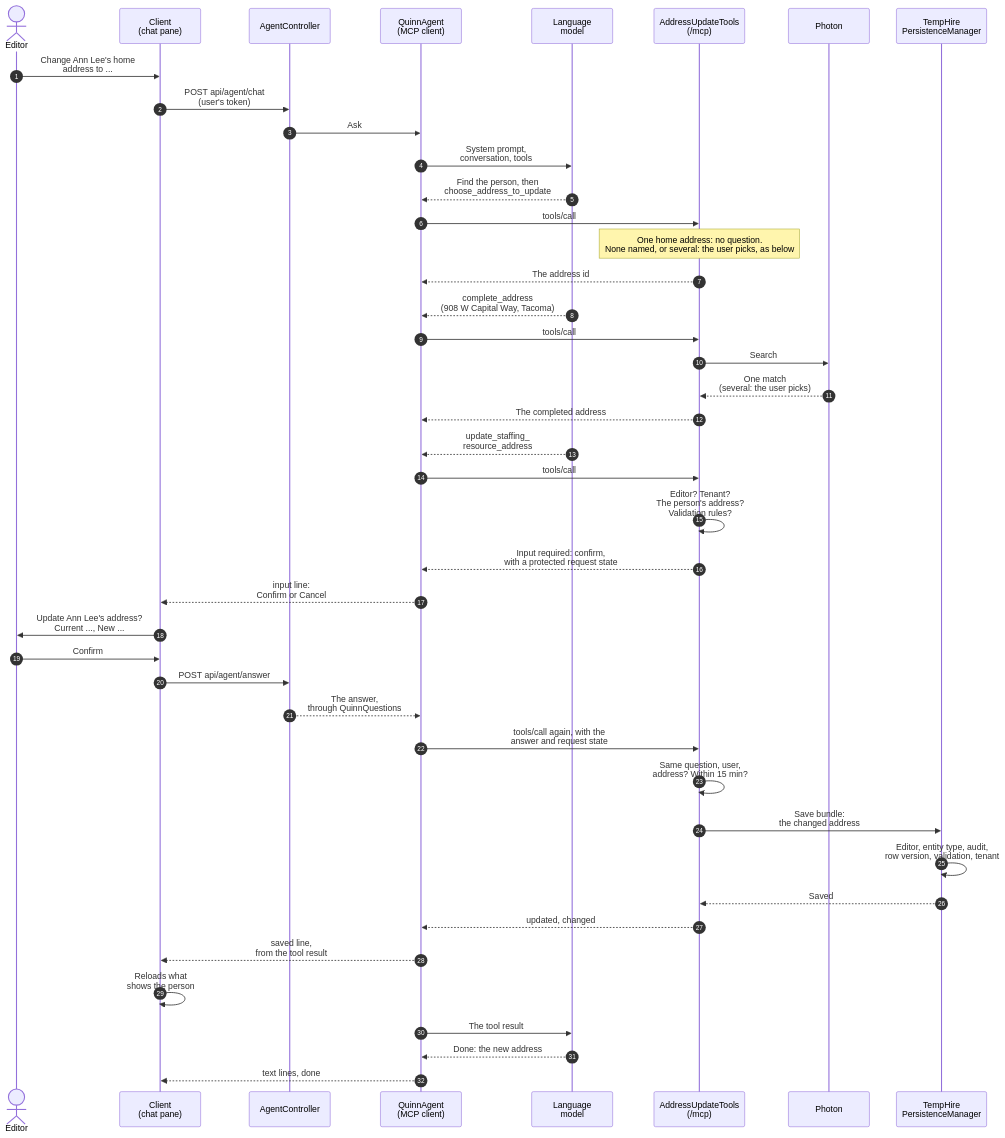
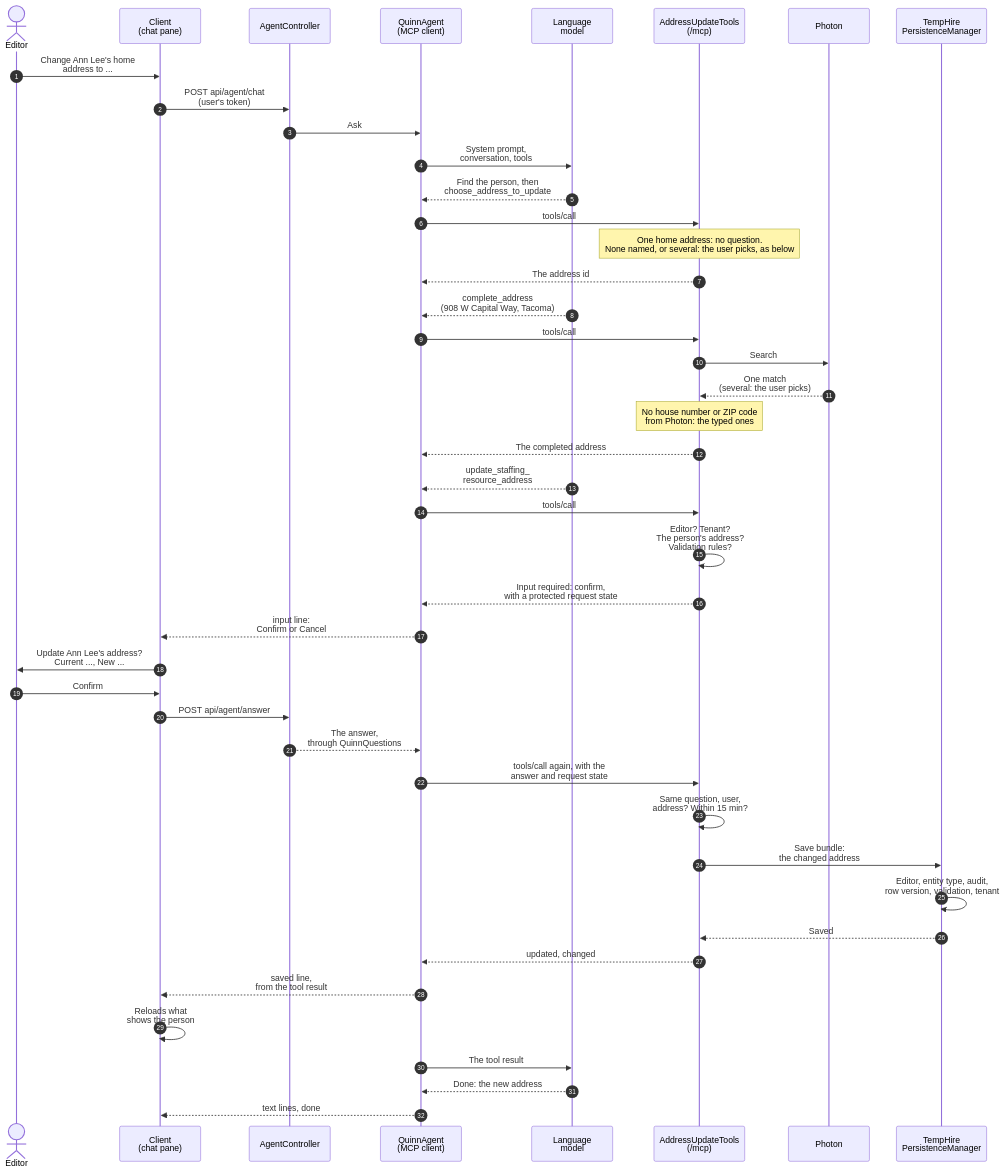
Before and after one commit to Breeze/temphire.server: the fourth of 4 diagrams in docs/QUINN-ARCHITECTURE.md, drawn with Mermaid. The commit also changed other lines of this file and 5 other files, not shown here.

First line of the commit message:
Fill Photon's missing house number and ZIP code for every caller

````diff
--- a/docs/QUINN-ARCHITECTURE.md
+++ b/docs/QUINN-ARCHITECTURE.md
@@ -204,46 +204,47 @@
 ```mermaid
 sequenceDiagram
   autonumber
   actor U as Editor
   participant C as Client<br/>(chat pane)
   participant A as AgentController
   participant Q as QuinnAgent<br/>(MCP client)
   participant L as Language<br/>model
   participant W as AddressUpdateTools<br/>(/mcp)
   participant P as Photon
   participant S as TempHire<br/>PersistenceManager
 
   U->>C: Change Ann Lee's home<br/>address to ...
   C->>A: POST api/agent/chat<br/>(user's token)
   A->>Q: Ask
   Q->>L: System prompt,<br/>conversation, tools
   L-->>Q: Find the person, then<br/>choose_address_to_update
   Q->>W: tools/call
   Note over W: One home address: no question.<br/>None named, or several: the user picks, as below
   W-->>Q: The address id
   L-->>Q: complete_address<br/>(908 W Capital Way, Tacoma)
   Q->>W: tools/call
   W->>P: Search
   P-->>W: One match<br/>(several: the user picks)
+  Note over W: No house number or ZIP code<br/>from Photon: the typed ones
   W-->>Q: The completed address
   L-->>Q: update_staffing_<br/>resource_address
   Q->>W: tools/call
   W->>W: Editor? Tenant?<br/>The person's address?<br/>Validation rules?
   W-->>Q: Input required: confirm,<br/>with a protected request state
   Q-->>C: input line:<br/>Confirm or Cancel
   C->>U: Update Ann Lee's address?<br/>Current ..., New ...
   U->>C: Confirm
   C->>A: POST api/agent/answer
   A-->>Q: The answer,<br/>through QuinnQuestions
   Q->>W: tools/call again, with the<br/>answer and request state
   W->>W: Same question, user,<br/>address? Within 15 min?
   W->>S: Save bundle:<br/>the changed address
   S->>S: Editor, entity type, audit,<br/>row version, validation, tenant
   S-->>W: Saved
   W-->>Q: updated, changed
   Q-->>C: saved line,<br/>from the tool result
   C->>C: Reloads what<br/>shows the person
   Q->>L: The tool result
   L-->>Q: Done: the new address
   Q-->>C: text lines, done
 ```
````
